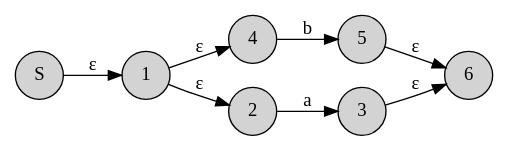
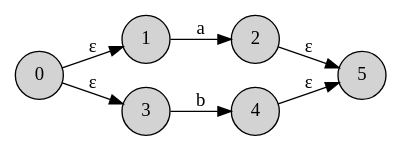
One commit to illusory0x0/containers.mbt changed the diagram in automaton/__snapshot__/nfa_choice.dot. Above: the diagram before and after it, drawn with Graphviz. The commit also changed 15 other files, not shown here.

```diff
--- a/automaton/__snapshot__/nfa_choice.dot
+++ b/automaton/__snapshot__/nfa_choice.dot
@@ -1,19 +1,17 @@
 
 digraph {
 rankdir=LR;
 node [shape = circle; style = filled;];
 0->1[label="ε"];
-4->5[label="b"];
-1->2[label="ε"];
-1->4[label="ε"];
-3->6[label="ε"];
-5->6[label="ε"];
-2->3[label="a"];
+3->4[label="b"];
+1->2[label="a"];
+0->3[label="ε"];
+2->5[label="ε"];
+4->5[label="ε"];
+0 [label="0";]
+5 [label="5";]
 1 [label="1";]
-6 [label="6";]
 2 [label="2";]
 3 [label="3";]
 4 [label="4";]
-5 [label="5";]
-0 [label="S";]
 }
```
